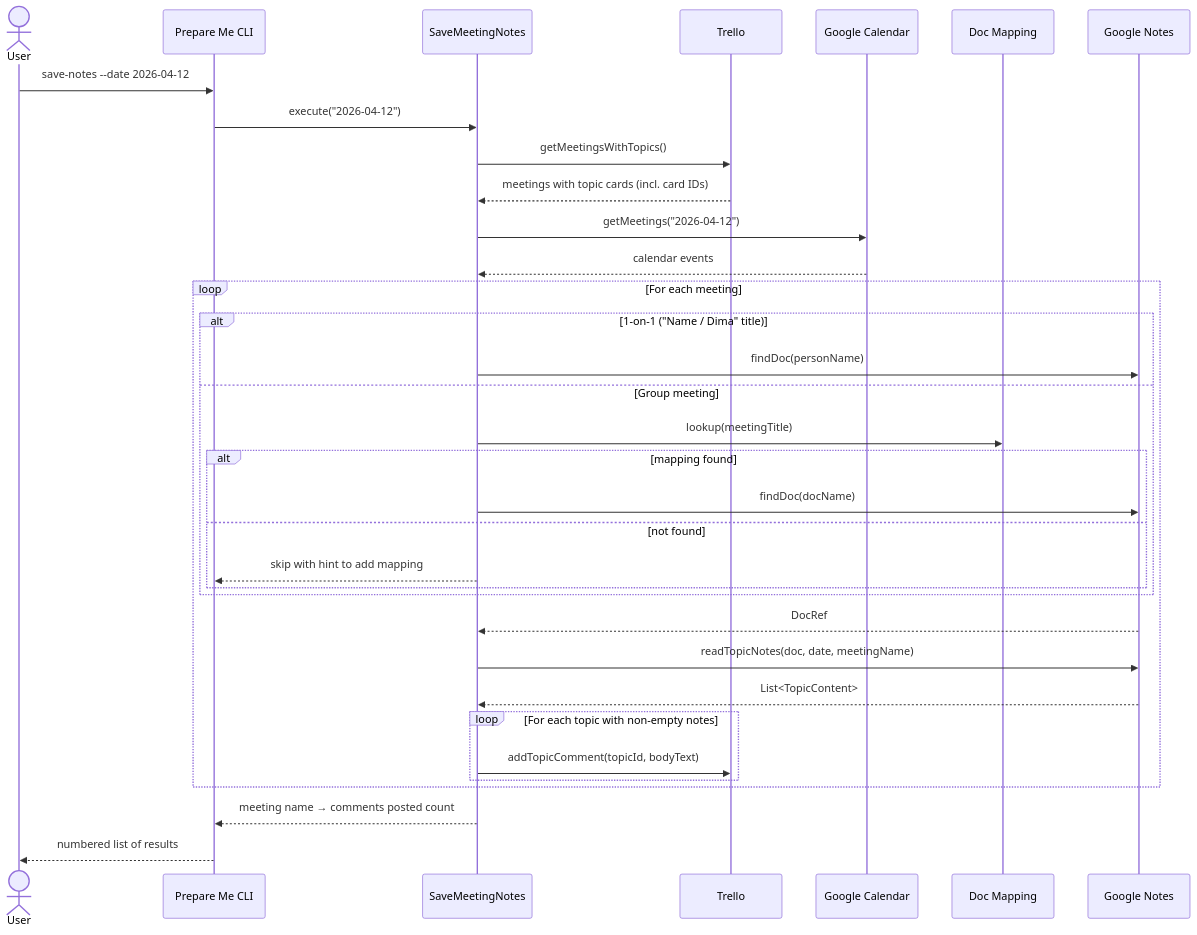
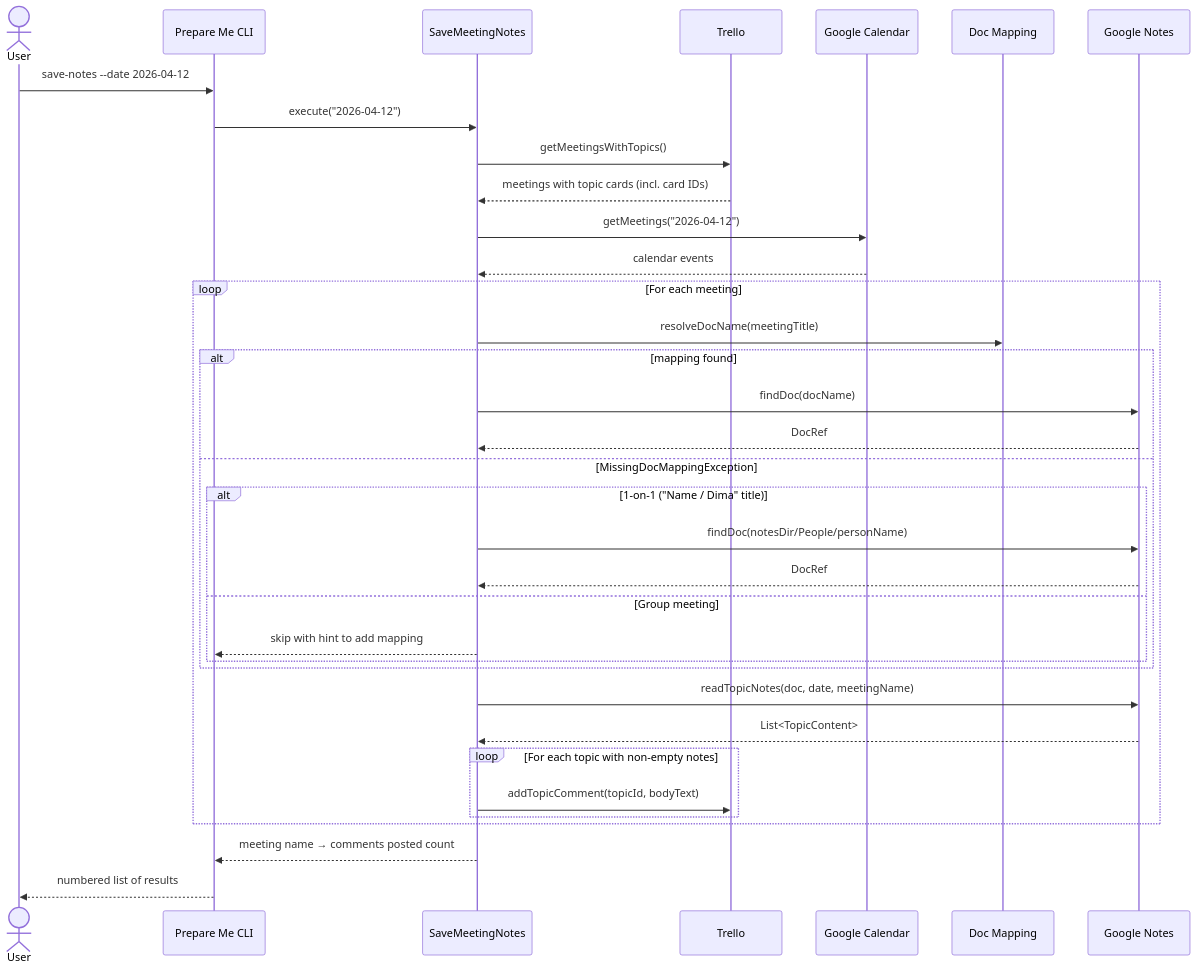
One commit to PaulFrmBrn/prepare-me changed the diagram in architecture/sequence-save-notes.md. Above: the diagram before and after it, drawn with Mermaid. The commit also changed 3 other files, not shown here.

Commit message:
Update architecture docs accordingly to latest changes

````diff
--- a/architecture/sequence-save-notes.md
+++ b/architecture/sequence-save-notes.md
@@ -4,43 +4,44 @@
 ```mermaid
 sequenceDiagram
     actor User
     participant CLI as Prepare Me CLI
     participant UC as SaveMeetingNotes
     participant Planner as Trello
     participant Cal as Google Calendar
     participant Mapping as Doc Mapping
     participant Notes as Google Notes
 
     User->>CLI: save-notes --date 2026-04-12
     CLI->>UC: execute("2026-04-12")
 
     UC->>Planner: getMeetingsWithTopics()
     Planner-->>UC: meetings with topic cards (incl. card IDs)
 
     UC->>Cal: getMeetings("2026-04-12")
     Cal-->>UC: calendar events
 
     loop For each meeting
-        alt 1-on-1 ("Name / Dima" title)
-            UC->>Notes: findDoc(personName)
-        else Group meeting
-            UC->>Mapping: lookup(meetingTitle)
-            alt mapping found
-                UC->>Notes: findDoc(docName)
-            else not found
+        UC->>Mapping: resolveDocName(meetingTitle)
+        alt mapping found
+            UC->>Notes: findDoc(docName)
+            Notes-->>UC: DocRef
+        else MissingDocMappingException
+            alt 1-on-1 ("Name / Dima" title)
+                UC->>Notes: findDoc(notesDir/People/personName)
+                Notes-->>UC: DocRef
+            else Group meeting
                 UC-->>CLI: skip with hint to add mapping
             end
         end
-        Notes-->>UC: DocRef
 
         UC->>Notes: readTopicNotes(doc, date, meetingName)
         Notes-->>UC: List<TopicContent>
 
         loop For each topic with non-empty notes
             UC->>Planner: addTopicComment(topicId, bodyText)
         end
     end
 
     UC-->>CLI: meeting name → comments posted count
     CLI-->>User: numbered list of results
 ```
````
